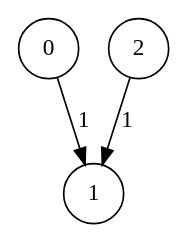
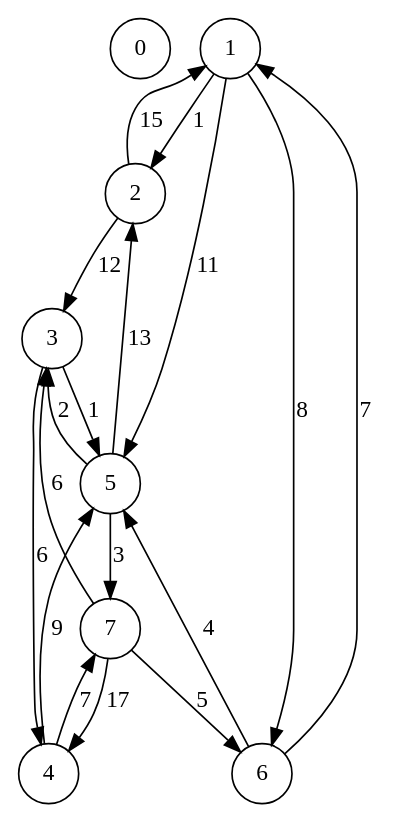
The diagram in Graf/test.dot (S0IG0/Graf), drawn with Graphviz before and after one commit. The commit also changed 2 other files, not shown here.

```diff
--- a/Graf/test.dot
+++ b/Graf/test.dot
@@ -1,8 +1,22 @@
 strict digraph test {
-	layout = "dot"
 	node[shape = circle]
 	edge[shape = vee]
-	0 -> 1 [label = "1"]
-	1
-	2 -> 1 [label = "1"]
+	0
+	1 -> 2 [label = "1"]
+	1 -> 5 [label = "11"]
+	1 -> 6 [label = "8"]
+	2 -> 1 [label = "15"]
+	2 -> 3 [label = "12"]
+	3 -> 4 [label = "6"]
+	3 -> 5 [label = "1"]
+	4 -> 5 [label = "9"]
+	4 -> 7 [label = "7"]
+	5 -> 2 [label = "13"]
+	5 -> 3 [label = "2"]
+	5 -> 7 [label = "3"]
+	6 -> 1 [label = "7"]
+	6 -> 5 [label = "4"]
+	7 -> 3 [label = "6"]
+	7 -> 4 [label = "17"]
+	7 -> 6 [label = "5"]
 }
```
